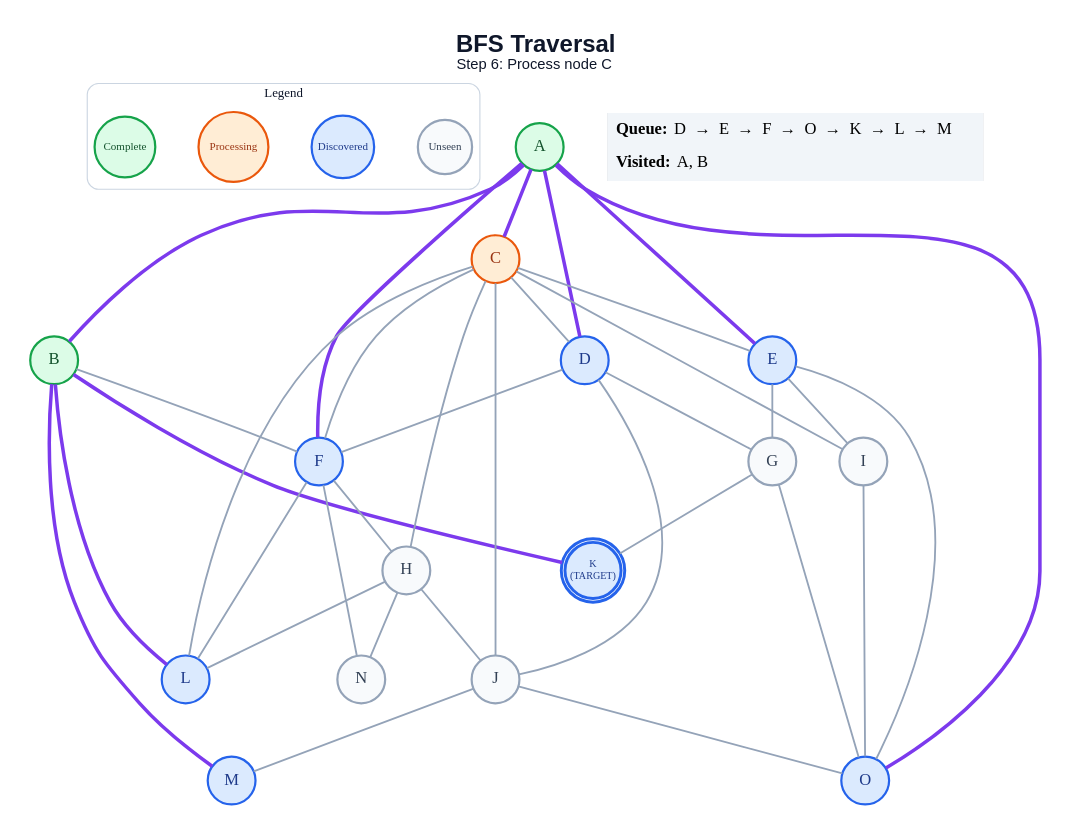
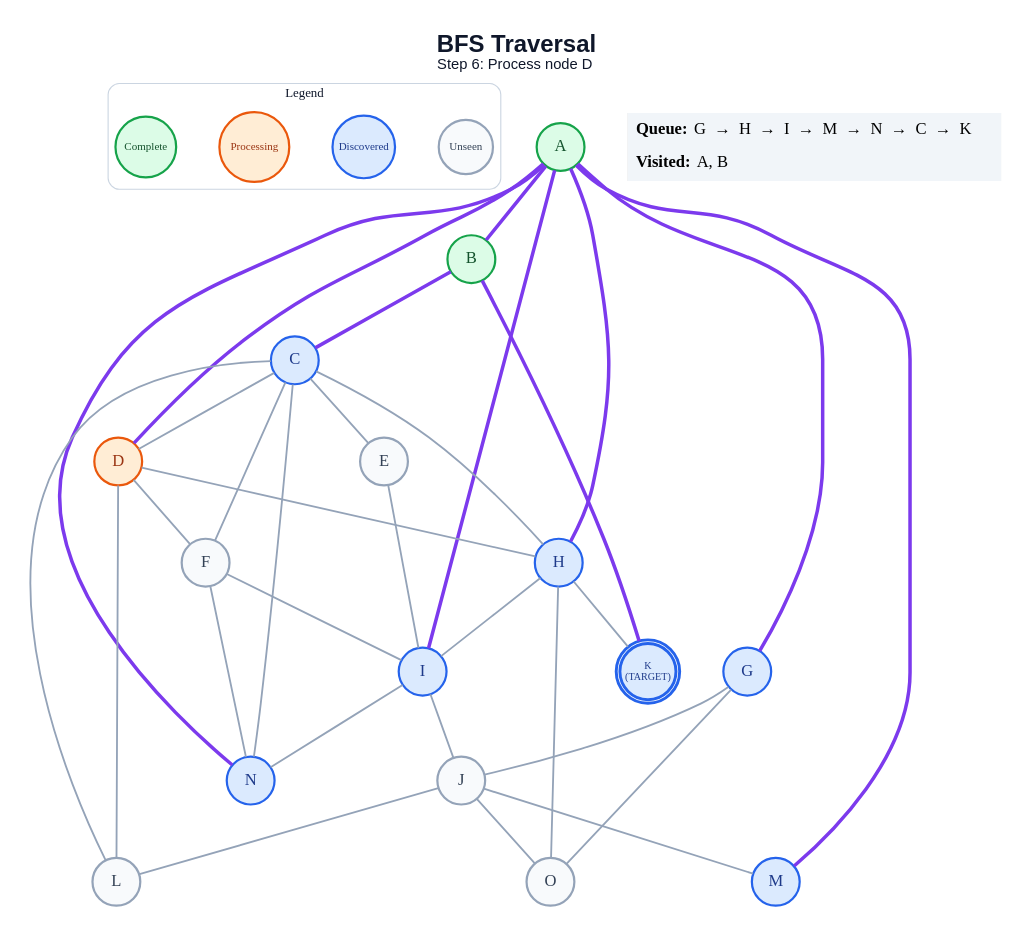
One commit to anon7238593-create/ai-slop changed the diagram in generated/specific-node/bfs/step_06.dot. Above: the diagram before and after it, drawn with Graphviz. The commit also changed 209 other files, not shown here.

```diff
--- a/generated/specific-node/bfs/step_06.dot
+++ b/generated/specific-node/bfs/step_06.dot
@@ -1,68 +1,65 @@
 graph traversal {
   graph [layout=dot, rankdir=TB, bgcolor="#FFFFFF", pad="0.35", nodesep="0.65", ranksep="0.8", fontname="Arial"];
   node [shape=circle, style="filled", fontname="Arial Bold", fontsize=18, width=0.72, fixedsize=true, penwidth=2.4];
   edge [color="#94A3B8", penwidth=2.0];
-  label=<<B>BFS Traversal</B><BR/><FONT POINT-SIZE="16">Step 6: Process node C</FONT>>; labelloc="t"; fontsize=26; fontname="Arial"; fontcolor="#0F172A";
+  label=<<B>BFS Traversal</B><BR/><FONT POINT-SIZE="16">Step 6: Process node D</FONT>>; labelloc="t"; fontsize=26; fontname="Arial"; fontcolor="#0F172A";
   subgraph cluster_legend { label="Legend"; color="#CBD5E1"; penwidth=1.2; style="rounded"; fontsize=14; fontname="Arial Bold";
     key_unseen [label="Unseen", fillcolor="#F8FAFC", color="#94A3B8", fontcolor="#334155", fontsize=12, width=0.82];
     key_frontier [label="Discovered", fillcolor="#DBEAFE", color="#2563EB", fontcolor="#1E3A8A", fontsize=12, width=0.95];
     key_current [label="Processing", fillcolor="#FFEDD5", color="#EA580C", fontcolor="#9A3412", fontsize=12, width=1.05];
     key_done [label="Complete", fillcolor="#DCFCE7", color="#16A34A", fontcolor="#14532D", fontsize=12, width=0.92];
     { rank=same; key_unseen; key_frontier; key_current; key_done; }
   }
   A [label="A", fillcolor="#DCFCE7", color="#16A34A", fontcolor="#14532D", peripheries=1, penwidth=2.4];
   B [label="B", fillcolor="#DCFCE7", color="#16A34A", fontcolor="#14532D", peripheries=1, penwidth=2.4];
-  C [label="C", fillcolor="#FFEDD5", color="#EA580C", fontcolor="#9A3412", peripheries=1, penwidth=2.4];
-  D [label="D", fillcolor="#DBEAFE", color="#2563EB", fontcolor="#1E3A8A", peripheries=1, penwidth=2.4];
-  E [label="E", fillcolor="#DBEAFE", color="#2563EB", fontcolor="#1E3A8A", peripheries=1, penwidth=2.4];
-  F [label="F", fillcolor="#DBEAFE", color="#2563EB", fontcolor="#1E3A8A", peripheries=1, penwidth=2.4];
-  G [label="G", fillcolor="#F8FAFC", color="#94A3B8", fontcolor="#334155", peripheries=1, penwidth=2.4];
-  H [label="H", fillcolor="#F8FAFC", color="#94A3B8", fontcolor="#334155", peripheries=1, penwidth=2.4];
-  I [label="I", fillcolor="#F8FAFC", color="#94A3B8", fontcolor="#334155", peripheries=1, penwidth=2.4];
+  C [label="C", fillcolor="#DBEAFE", color="#2563EB", fontcolor="#1E3A8A", peripheries=1, penwidth=2.4];
+  D [label="D", fillcolor="#FFEDD5", color="#EA580C", fontcolor="#9A3412", peripheries=1, penwidth=2.4];
+  E [label="E", fillcolor="#F8FAFC", color="#94A3B8", fontcolor="#334155", peripheries=1, penwidth=2.4];
+  F [label="F", fillcolor="#F8FAFC", color="#94A3B8", fontcolor="#334155", peripheries=1, penwidth=2.4];
+  G [label="G", fillcolor="#DBEAFE", color="#2563EB", fontcolor="#1E3A8A", peripheries=1, penwidth=2.4];
+  H [label="H", fillcolor="#DBEAFE", color="#2563EB", fontcolor="#1E3A8A", peripheries=1, penwidth=2.4];
+  I [label="I", fillcolor="#DBEAFE", color="#2563EB", fontcolor="#1E3A8A", peripheries=1, penwidth=2.4];
   J [label="J", fillcolor="#F8FAFC", color="#94A3B8", fontcolor="#334155", peripheries=1, penwidth=2.4];
   K [label="K\n(TARGET)", fillcolor="#DBEAFE", color="#2563EB", fontcolor="#1E3A8A", peripheries=2, penwidth=3.2, fontsize=11, width=0.85, height=0.85];
-  L [label="L", fillcolor="#DBEAFE", color="#2563EB", fontcolor="#1E3A8A", peripheries=1, penwidth=2.4];
+  L [label="L", fillcolor="#F8FAFC", color="#94A3B8", fontcolor="#334155", peripheries=1, penwidth=2.4];
   M [label="M", fillcolor="#DBEAFE", color="#2563EB", fontcolor="#1E3A8A", peripheries=1, penwidth=2.4];
-  N [label="N", fillcolor="#F8FAFC", color="#94A3B8", fontcolor="#334155", peripheries=1, penwidth=2.4];
-  O [label="O", fillcolor="#DBEAFE", color="#2563EB", fontcolor="#1E3A8A", peripheries=1, penwidth=2.4];
+  N [label="N", fillcolor="#DBEAFE", color="#2563EB", fontcolor="#1E3A8A", peripheries=1, penwidth=2.4];
+  O [label="O", fillcolor="#F8FAFC", color="#94A3B8", fontcolor="#334155", peripheries=1, penwidth=2.4];
   A -- B [color="#7C3AED", penwidth=3.8];
-  A -- C [color="#7C3AED", penwidth=3.8];
   A -- D [color="#7C3AED", penwidth=3.8];
-  A -- E [color="#7C3AED", penwidth=3.8];
-  A -- F [color="#7C3AED", penwidth=3.8];
-  A -- O [color="#7C3AED", penwidth=3.8];
-  B -- F;
+  A -- G [color="#7C3AED", penwidth=3.8];
+  A -- H [color="#7C3AED", penwidth=3.8];
+  A -- I [color="#7C3AED", penwidth=3.8];
+  A -- M [color="#7C3AED", penwidth=3.8];
+  A -- N [color="#7C3AED", penwidth=3.8];
+  B -- C [color="#7C3AED", penwidth=3.8];
   B -- K [color="#7C3AED", penwidth=3.8];
-  B -- L [color="#7C3AED", penwidth=3.8];
-  B -- M [color="#7C3AED", penwidth=3.8];
   C -- D;
   C -- E;
   C -- F;
   C -- H;
-  C -- I;
-  C -- J;
   C -- L;
+  C -- N;
   D -- F;
-  D -- G;
-  D -- J;
-  E -- G;
+  D -- H;
+  D -- L;
   E -- I;
-  E -- O;
-  F -- H;
-  F -- L;
+  F -- I;
   F -- N;
-  G -- K;
+  G -- J;
   G -- O;
-  H -- J;
-  H -- L;
-  H -- N;
-  I -- O;
+  H -- I;
+  H -- K;
+  H -- O;
+  I -- J;
+  I -- N;
+  J -- L;
   J -- M;
   J -- O;
   status [shape=plain, fixedsize=false, width=0, height=0, margin=0, label=<
     <TABLE BORDER="0" CELLBORDER="0" CELLPADDING="7" BGCOLOR="#F1F5F9">
-      <TR><TD ALIGN="LEFT"><B>Queue:</B> D  →  E  →  F  →  O  →  K  →  L  →  M</TD></TR>
+      <TR><TD ALIGN="LEFT"><B>Queue:</B> G  →  H  →  I  →  M  →  N  →  C  →  K</TD></TR>
       <TR><TD ALIGN="LEFT"><B>Visited:</B> A, B</TD></TR>
     </TABLE>
   >];
 }
```
